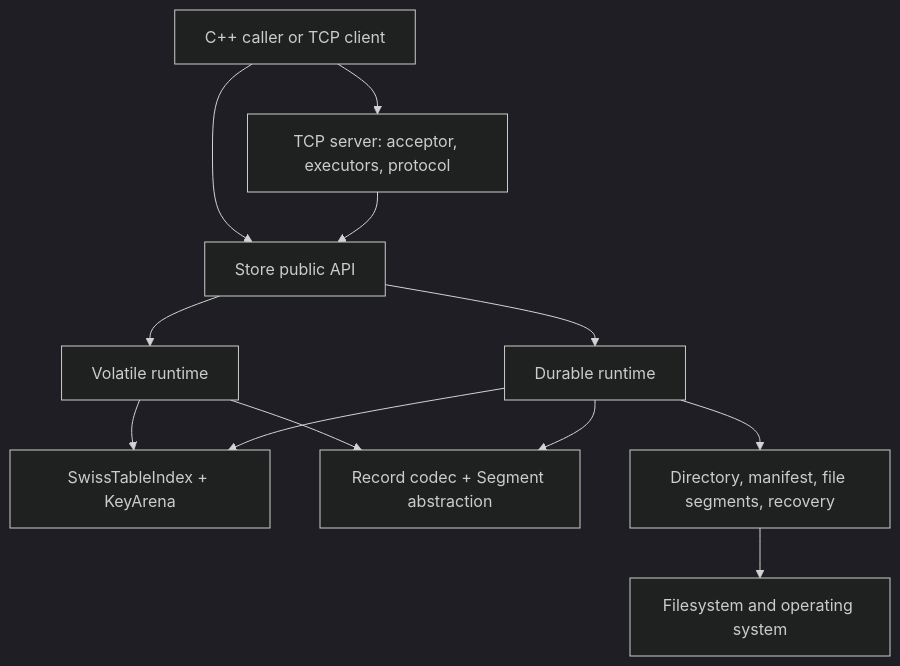
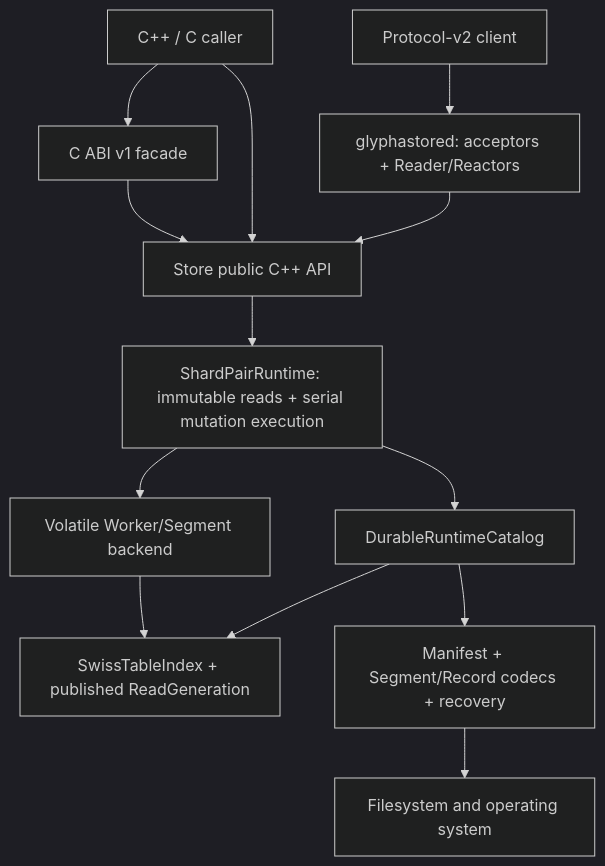
The first of 4 diagrams in docs/spec/architecture.md (gpicchiarelli/GlyphaStore), drawn with Mermaid (dark theme) before and after one commit. The commit also changed other lines of this file and 43 other files, not shown here.

````diff
--- a/docs/spec/architecture.md
+++ b/docs/spec/architecture.md
@@ -38,24 +61,24 @@
 ```mermaid
 flowchart TB
-    Client["C++ caller or TCP client"]
-    Server["TCP server: acceptor, executors, protocol"]
-    API["Store public API"]
-    Volatile["Volatile runtime"]
-    Durable["Durable runtime"]
-    Index["SwissTableIndex + KeyArena"]
-    Segments["Record codec + Segment abstraction"]
-    Persistence["Directory, manifest, file segments, recovery"]
+    Caller["C++ / C caller"]
+    Client["Protocol-v2 client"]
+    Server["glyphastored: acceptors + Reader/Reactors"]
+    ABI["C ABI v1 facade"]
+    API["Store public C++ API"]
+    Pair["ShardPairRuntime: immutable reads + serial mutation execution"]
+    Volatile["Volatile Worker/Segment backend"]
+    Durable["DurableRuntimeCatalog"]
+    Index["SwissTableIndex + published ReadGeneration"]
+    Persistence["Manifest + Segment/Record codecs + recovery"]
     OS["Filesystem and operating system"]
 
-    Client --> Server
-    Client --> API
-    Server --> API
-    API --> Volatile
-    API --> Durable
+    Caller --> ABI --> API
+    Caller --> API
+    Client --> Server --> API
+    API --> Pair
+    Pair --> Volatile
+    Pair --> Durable
     Volatile --> Index
-    Volatile --> Segments
     Durable --> Index
-    Durable --> Segments
-    Durable --> Persistence
-    Persistence --> OS
+    Durable --> Persistence --> OS
 ```
````
